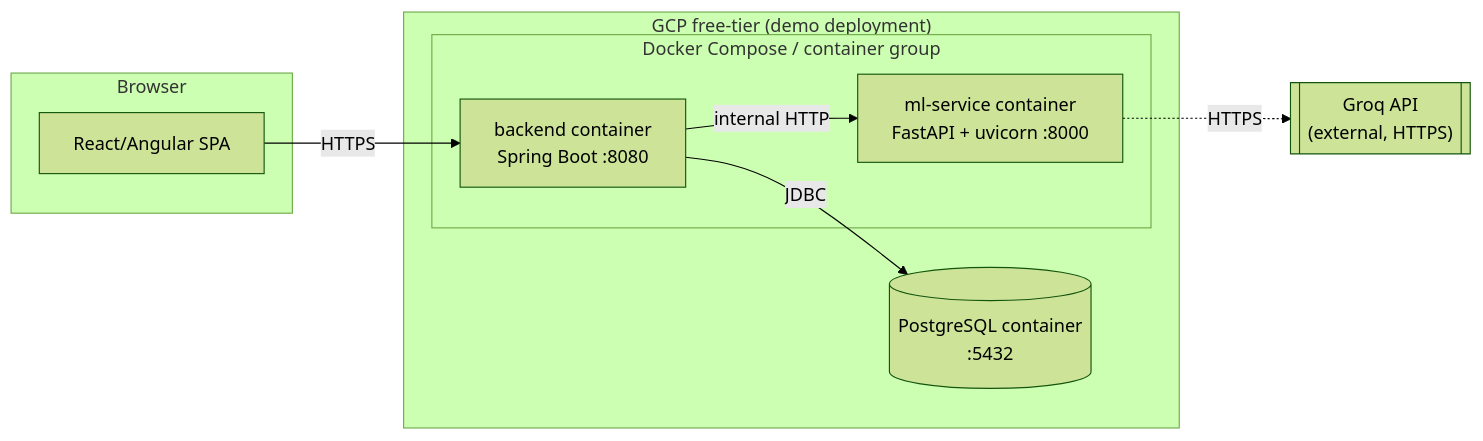
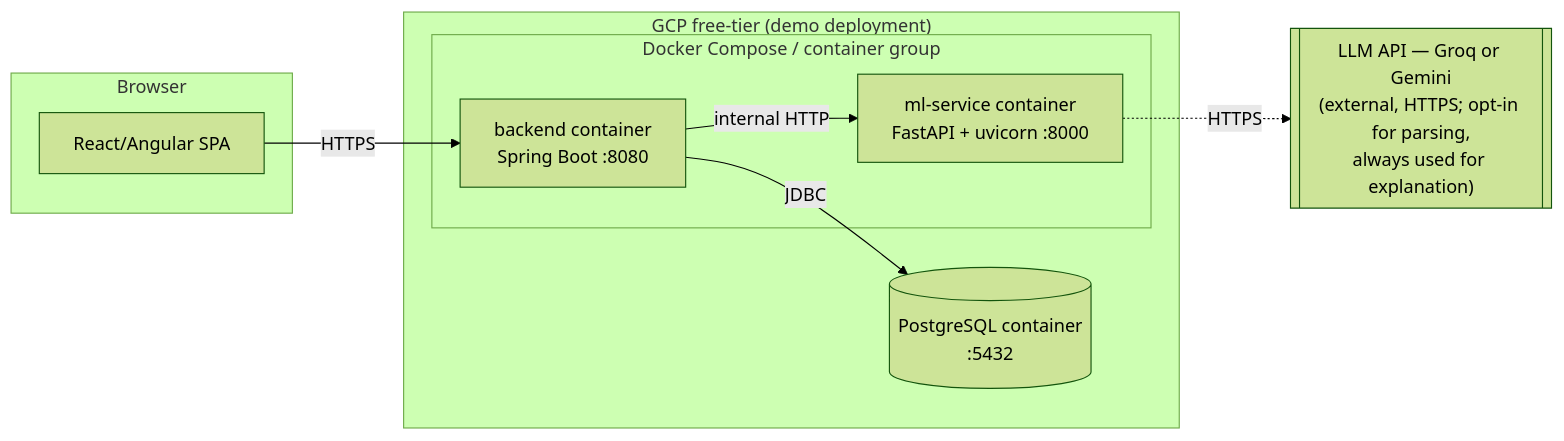
Before and after one commit to biswas2200/Smart-Resume-Analyzer-and-Job-Recommendation-System: the third of 3 diagrams in docs/architecture.md, drawn with Mermaid (forest theme). The commit also changed other lines of this file and 96 other files, not shown here.

````diff
--- a/docs/architecture.md
+++ b/docs/architecture.md
@@ -100,19 +105,19 @@
 ```mermaid
 flowchart LR
     subgraph Browser
         SPA[React/Angular SPA]
     end
     subgraph "GCP free-tier (demo deployment)"
         subgraph "Docker Compose / container group"
             BE["backend container\nSpring Boot :8080"]
             ML["ml-service container\nFastAPI + uvicorn :8000"]
         end
         PG[("PostgreSQL container\n:5432")]
     end
-    GROQ[["Groq API\n(external, HTTPS)"]]
+    GROQ[["LLM API — Groq or Gemini\n(external, HTTPS; opt-in for parsing,\nalways used for explanation)"]]
 
     SPA -- HTTPS --> BE
     BE -- internal HTTP --> ML
     BE -- JDBC --> PG
     ML -. HTTPS .-> GROQ
 ```
````
